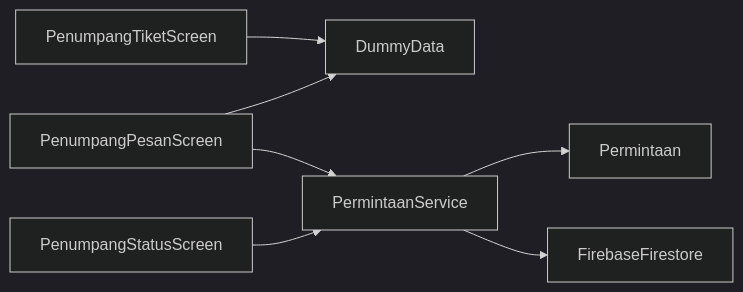
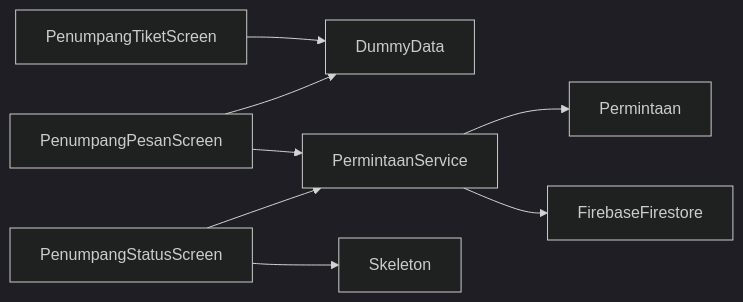
One commit to rdsarjito/whoosh-ramah changed the fifth of 5 diagrams in .qoder/repowiki/en/content/Mobile Application/Passenger Interface/Passenger Interface.md. Above: the diagram before and after it, drawn with Mermaid (dark theme). The commit also changed other lines of this file and 68 other files, not shown here.

````diff
--- a/.qoder/repowiki/en/content/Mobile Application/Passenger Interface/Passenger Interface.md
+++ b/.qoder/repowiki/en/content/Mobile Application/Passenger Interface/Passenger Interface.md
@@ -372,9 +456,10 @@
 ```mermaid
 graph LR
 Tiket["PenumpangTiketScreen"] --> Dummy["DummyData"]
 Pesan["PenumpangPesanScreen"] --> Service["PermintaanService"]
 Pesan --> Dummy
 Status["PenumpangStatusScreen"] --> Service
+Status --> Skeleton["Skeleton"]
 Service --> Model["Permintaan"]
 Service --> DB["FirebaseFirestore"]
 ```
````
